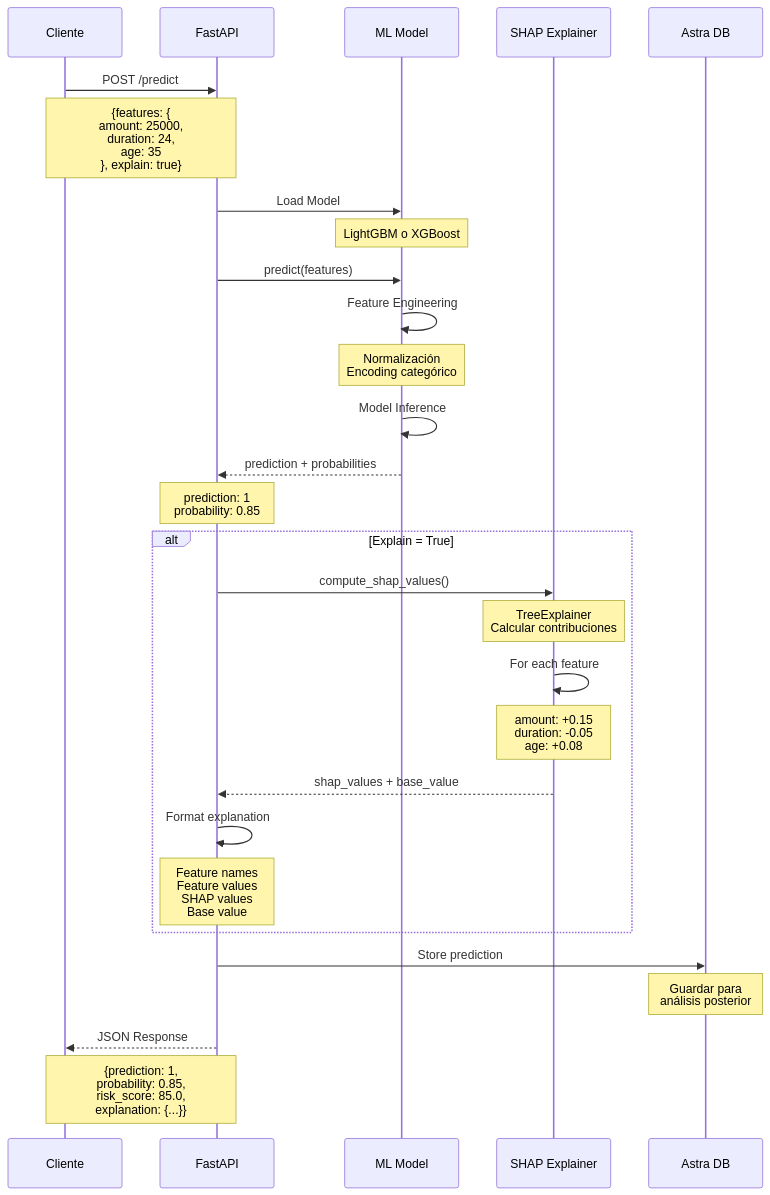
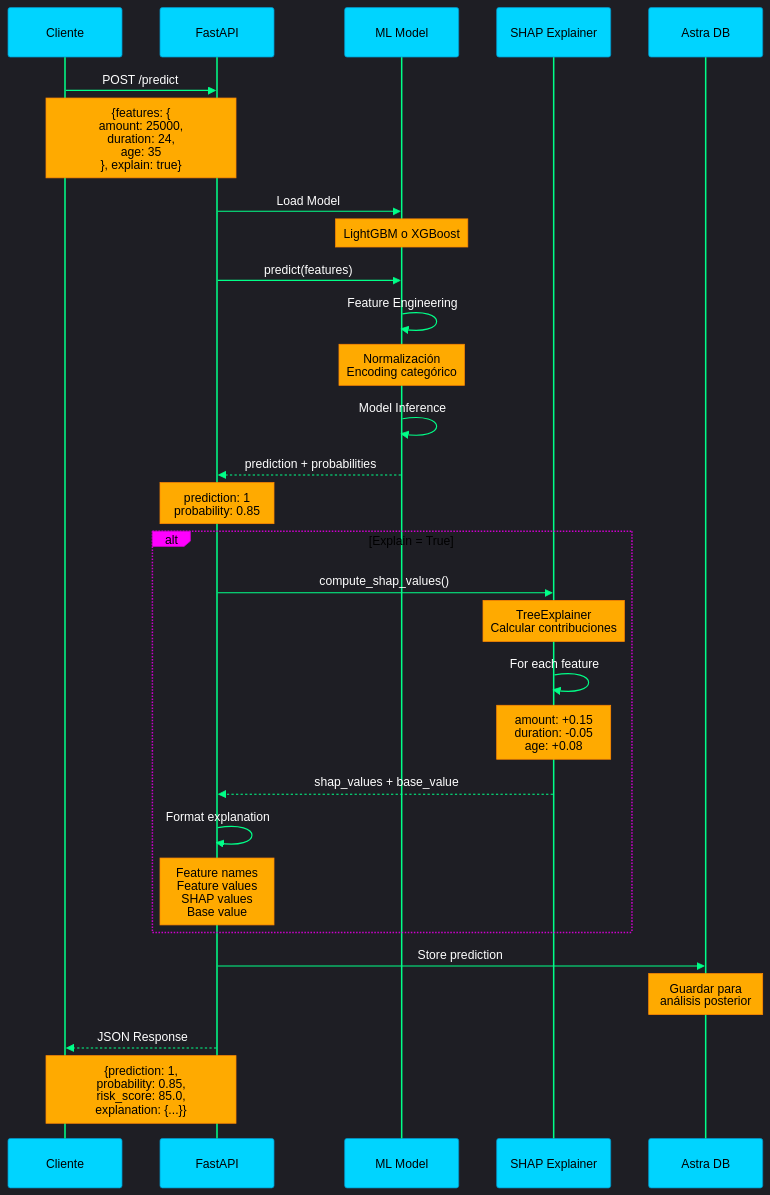
One commit to rjamoriz/Sistema-Corporativo-Documental-con-Capacidades-de-IA changed the ninth of 9 diagrams in README.md. Above: the diagram before and after it, drawn with Mermaid. The commit also changed other lines of this file, not shown here.

Commit message:
style: Añadir colores vibrantes a diagramas de flujo (sequence diagrams) con tema oscuro personalizado

````diff
--- a/README.md
+++ b/README.md
@@ -871,41 +872,42 @@
 ```mermaid
+%%{init: {'theme':'dark', 'themeVariables': { 'primaryColor':'#00d4ff','primaryTextColor':'#000','primaryBorderColor':'#0099cc','lineColor':'#00ff88','secondaryColor':'#ffaa00','tertiaryColor':'#ff00ff','noteBkgColor':'#ffaa00','noteTextColor':'#000','noteBorderColor':'#ff8800','actorBkg':'#00d4ff','actorBorder':'#0099cc','actorTextColor':'#000','actorLineColor':'#00ff88','signalColor':'#00ff88','signalTextColor':'#fff','labelBoxBkgColor':'#ff00ff','labelBoxBorderColor':'#cc00cc','labelTextColor':'#000','loopTextColor':'#000','activationBorderColor':'#0099cc','activationBkgColor':'#00d4ff','sequenceNumberColor':'#000','altBkgColor':'#ff6600'}}}%%
 sequenceDiagram
     participant C as Cliente
     participant API as FastAPI
     participant M as ML Model
     participant SHAP as SHAP Explainer
     participant DB as Astra DB
     
     C->>API: POST /predict
     Note over C,API: {features: {<br/>  amount: 25000,<br/>  duration: 24,<br/>  age: 35<br/>}, explain: true}
     
     API->>M: Load Model
     Note over M: LightGBM o XGBoost
     
     API->>M: predict(features)
     M->>M: Feature Engineering
     Note over M: Normalización<br/>Encoding categórico
     
     M->>M: Model Inference
     M-->>API: prediction + probabilities
     Note over API: prediction: 1<br/>probability: 0.85
     
     alt Explain = True
         API->>SHAP: compute_shap_values()
         Note over SHAP: TreeExplainer<br/>Calcular contribuciones
         
         SHAP->>SHAP: For each feature
         Note over SHAP: amount: +0.15<br/>duration: -0.05<br/>age: +0.08
         
         SHAP-->>API: shap_values + base_value
         
         API->>API: Format explanation
         Note over API: Feature names<br/>Feature values<br/>SHAP values<br/>Base value
     end
     
     API->>DB: Store prediction
     Note over DB: Guardar para<br/>análisis posterior
     
     API-->>C: JSON Response
     Note over C,API: {prediction: 1,<br/>probability: 0.85,<br/>risk_score: 85.0,<br/>explanation: {...}}
 ```
````
